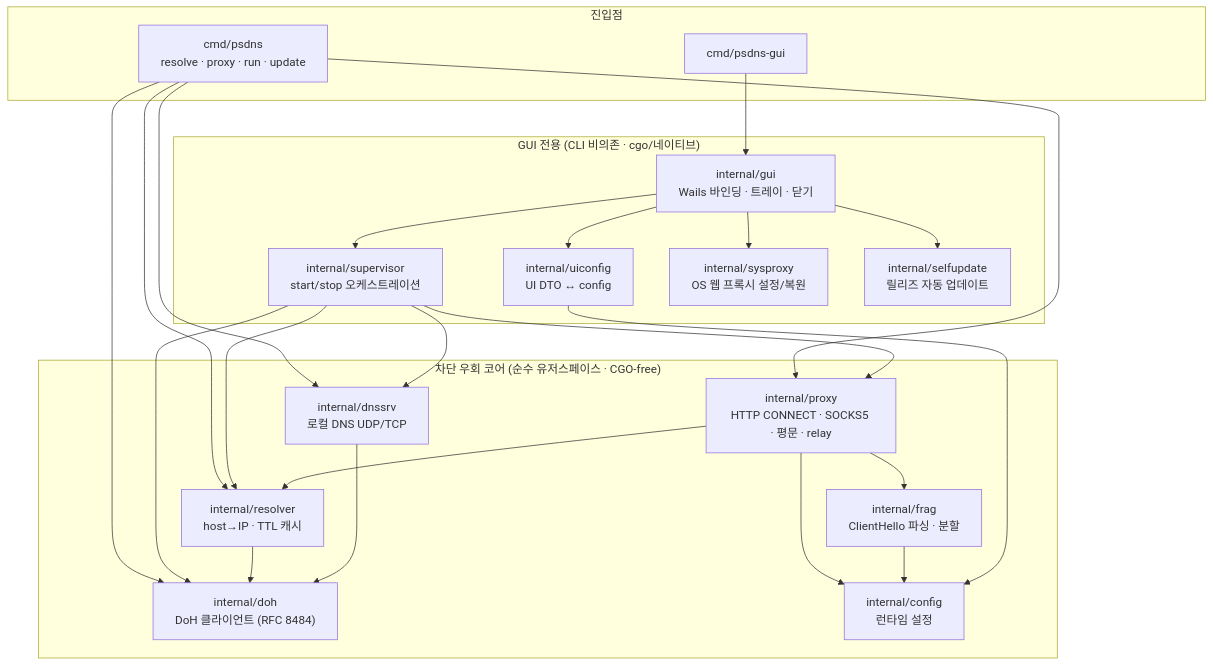
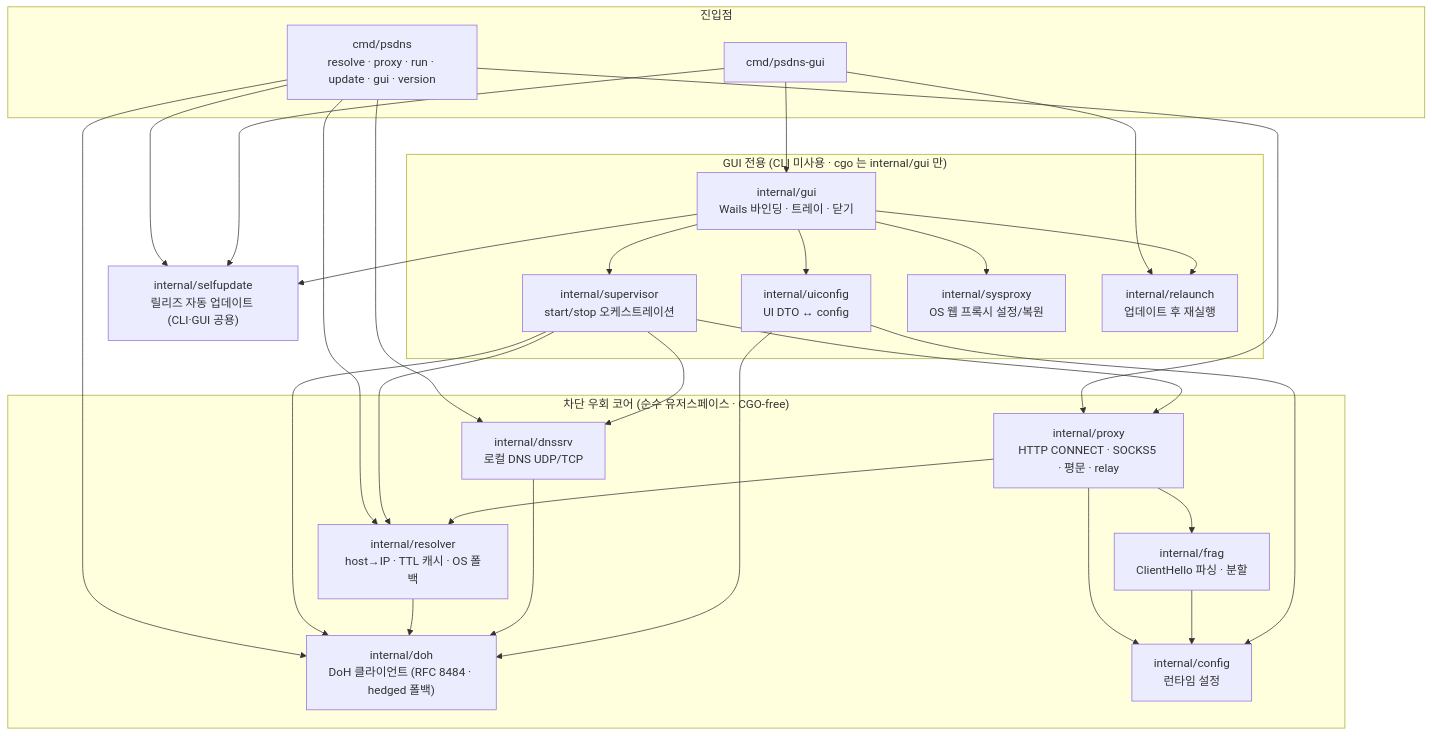
Before and after one commit to vitus9988/psdns: the first of 3 diagrams in docs/architecture.md, drawn with Mermaid. The commit also changed other lines of this file and 6 other files, not shown here.

````diff
--- a/docs/architecture.md
+++ b/docs/architecture.md
@@ -9,45 +9,52 @@
 ```mermaid
 flowchart TD
     subgraph entry["진입점"]
-        CLI["cmd/psdns<br/>resolve · proxy · run · update"]
+        CLI["cmd/psdns<br/>resolve · proxy · run · update · gui · version"]
         GUIBIN["cmd/psdns-gui"]
     end
 
     subgraph core["차단 우회 코어 (순수 유저스페이스 · CGO-free)"]
         PROXY["internal/proxy<br/>HTTP CONNECT · SOCKS5 · 평문 · relay"]
         FRAG["internal/frag<br/>ClientHello 파싱 · 분할"]
-        RESOLVER["internal/resolver<br/>host→IP · TTL 캐시"]
+        RESOLVER["internal/resolver<br/>host→IP · TTL 캐시 · OS 폴백"]
         DNSSRV["internal/dnssrv<br/>로컬 DNS UDP/TCP"]
-        DOH["internal/doh<br/>DoH 클라이언트 (RFC 8484)"]
+        DOH["internal/doh<br/>DoH 클라이언트 (RFC 8484 · hedged 폴백)"]
         CONFIG["internal/config<br/>런타임 설정"]
     end
 
-    subgraph guionly["GUI 전용 (CLI 비의존 · cgo/네이티브)"]
+    SELFUP["internal/selfupdate<br/>릴리즈 자동 업데이트 (CLI·GUI 공용)"]
+
+    subgraph guionly["GUI 전용 (CLI 미사용 · cgo 는 internal/gui 만)"]
         GUI["internal/gui<br/>Wails 바인딩 · 트레이 · 닫기"]
         SUP["internal/supervisor<br/>start/stop 오케스트레이션"]
         UICONF["internal/uiconfig<br/>UI DTO ↔ config"]
         SYSPROXY["internal/sysproxy<br/>OS 웹 프록시 설정/복원"]
-        SELFUP["internal/selfupdate<br/>릴리즈 자동 업데이트"]
+        RELAUNCH["internal/relaunch<br/>업데이트 후 재실행"]
     end
 
     CLI --> DNSSRV
     CLI --> PROXY
     CLI --> RESOLVER
     CLI --> DOH
+    CLI --> SELFUP
     GUIBIN --> GUI
+    GUIBIN --> RELAUNCH
+    GUIBIN --> SELFUP
     GUI --> SUP
     GUI --> UICONF
     GUI --> SYSPROXY
     GUI --> SELFUP
+    GUI --> RELAUNCH
     SUP --> DNSSRV
     SUP --> PROXY
     SUP --> RESOLVER
     SUP --> DOH
     PROXY --> RESOLVER
     PROXY --> FRAG
     PROXY --> CONFIG
     RESOLVER --> DOH
     DNSSRV --> DOH
     FRAG --> CONFIG
     UICONF --> CONFIG
+    UICONF --> DOH
 ```
````
